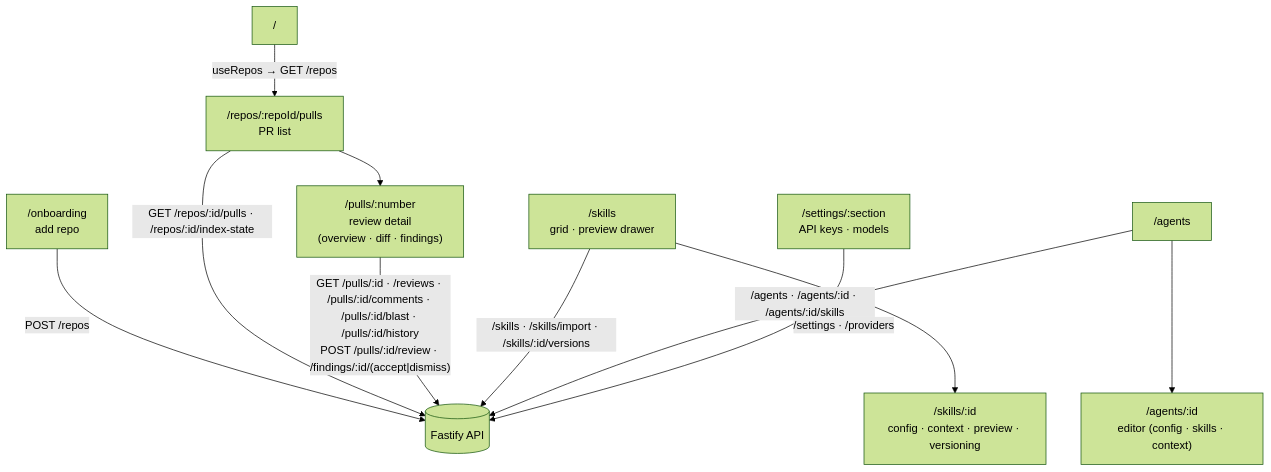
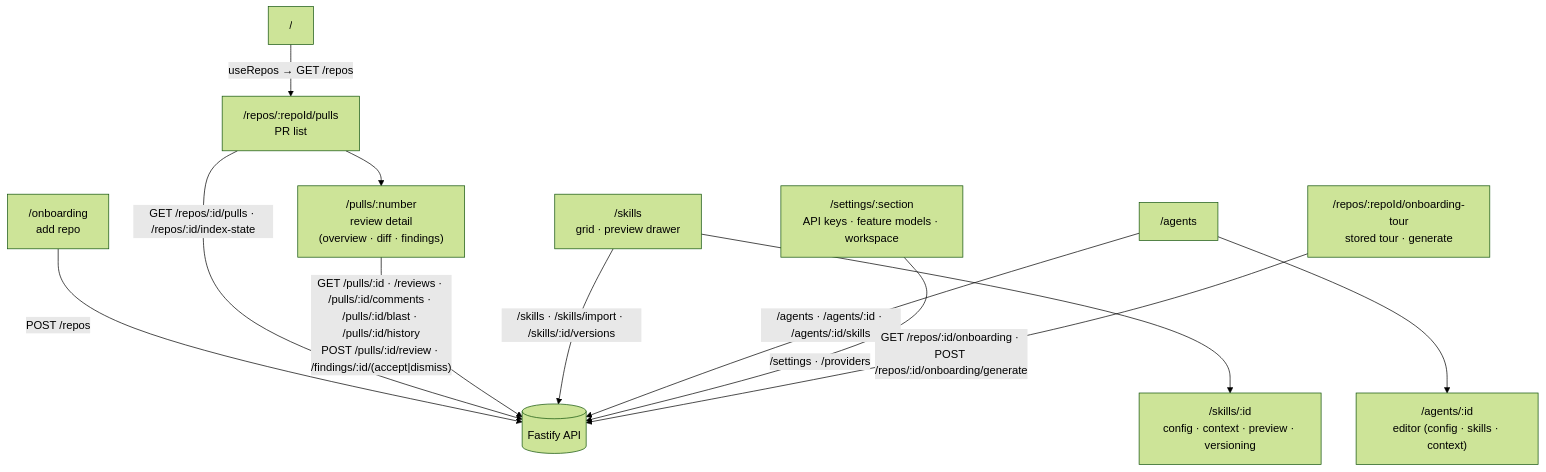
One commit to BalakaMd/dev-digest changed the diagram in client/README.md. Above: the diagram before and after it, drawn with Mermaid (forest theme). The commit also changed 13 other files, not shown here.

Commit message:
feat: add repository onboarding tour feature with client view, server service, and documentation

````diff
--- a/client/README.md
+++ b/client/README.md
@@ -24,16 +24,18 @@
 ```mermaid
 flowchart TD
   ROOT["/"] -->|"useRepos → GET /repos"| PULLS["/repos/:repoId/pulls<br/>PR list"]
   ONB["/onboarding<br/>add repo"] -->|"POST /repos"| API[("Fastify API")]
   PULLS --> PR["/pulls/:number<br/>review detail<br/>(overview · diff · findings)"]
 
   SKILLS["/skills<br/>grid · preview drawer"] --> SKILL["/skills/:id<br/>config · context · preview · versioning"]
   AGENTS["/agents"] --> AGENT["/agents/:id<br/>editor (config · skills · context)"]
-  SETTINGS["/settings/:section<br/>API keys · models"]
+  SETTINGS["/settings/:section<br/>API keys · feature models · workspace"]
+  TOUR["/repos/:repoId/onboarding-tour<br/>stored tour · generate"]
 
   PULLS -->|"GET /repos/:id/pulls · /repos/:id/index-state"| API
   PR -->|"GET /pulls/:id · /reviews · /pulls/:id/comments · /pulls/:id/blast · /pulls/:id/history<br/>POST /pulls/:id/review · /findings/:id/(accept|dismiss)"| API
   SKILLS -->|"/skills · /skills/import · /skills/:id/versions"| API
   AGENTS -->|"/agents · /agents/:id · /agents/:id/skills"| API
   SETTINGS -->|"/settings · /providers"| API
+  TOUR -->|"GET /repos/:id/onboarding · POST /repos/:id/onboarding/generate"| API
 ```
````
